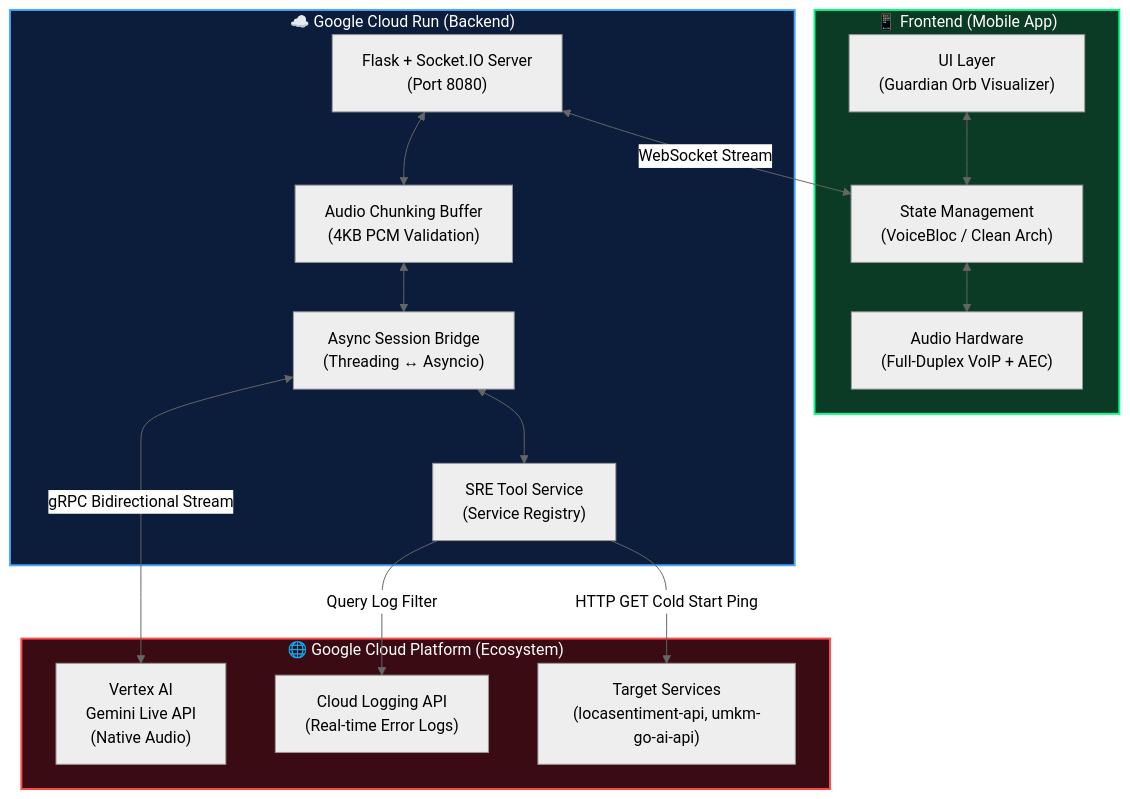
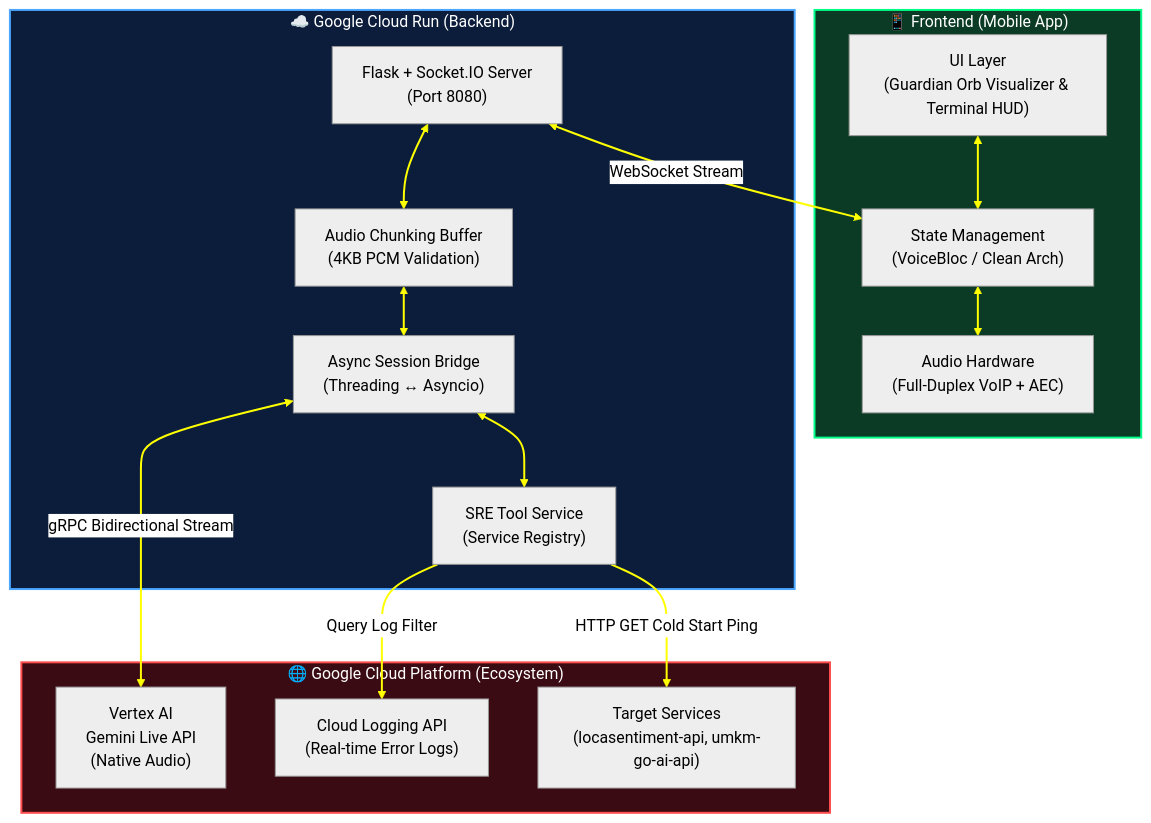
The diagram in readme.md (tegezc/guardian-sre-app), drawn with Mermaid (neutral theme) before and after one commit. The commit also changed other lines of this file and 1 other file, not shown here.

````diff
--- a/readme.md
+++ b/readme.md
@@ -32,41 +40,43 @@
 ```mermaid
 graph TD
     subgraph Client ["📱 Frontend (Mobile App)"]
-        UI["UI Layer<br>(Guardian Orb Visualizer)"]
+        UI["UI Layer<br>(Guardian Orb Visualizer & Terminal HUD)"]
         BLoC["State Management<br>(VoiceBloc / Clean Arch)"]
         Audio["Audio Hardware<br>(Full-Duplex VoIP + AEC)"]
         
         UI <--> BLoC
         BLoC <--> Audio
     end
 
     subgraph Middleware ["☁️ Google Cloud Run (Backend)"]
         SocketIO["Flask + Socket.IO Server<br>(Port 8080)"]
         Buffer["Audio Chunking Buffer<br>(4KB PCM Validation)"]
         AsyncBridge["Async Session Bridge<br>(Threading ↔ Asyncio)"]
         ToolService["SRE Tool Service<br>(Service Registry)"]
 
         SocketIO <-->|WebSocket Stream| BLoC
         SocketIO <--> Buffer
         Buffer <--> AsyncBridge
         AsyncBridge <--> ToolService
     end
 
     subgraph GCP ["🌐 Google Cloud Platform (Ecosystem)"]
         Gemini["Vertex AI<br>Gemini Live API<br>(Native Audio)"]
         Logging["Cloud Logging API<br>(Real-time Error Logs)"]
         TargetServices["Target Services<br>(locasentiment-api, umkm-go-ai-api)"]
 
         AsyncBridge <-->|gRPC Bidirectional Stream| Gemini
         ToolService -->|"Query Log Filter"| Logging
         ToolService -->|"HTTP GET Cold Start Ping"| TargetServices
     end
 
     classDef mobile fill:#0b3b24,stroke:#00ff88,stroke-width:2px,color:#fff;
     classDef cloud fill:#0b1d3b,stroke:#4da6ff,stroke-width:2px,color:#fff;
     classDef google fill:#3b0b13,stroke:#ff4d4d,stroke-width:2px,color:#fff;
     
     class Client mobile;
     class Middleware cloud;
     class GCP google;
+
+    linkStyle 0,1,2,3,4,5,6,7,8 stroke:#FFFF00,stroke-width:2px;
 ```
````
